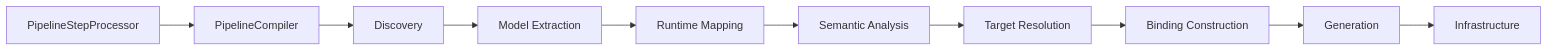
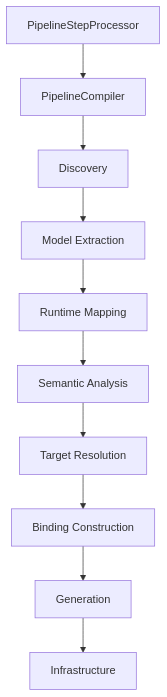
One commit to The-Pipeline-Framework/pipelineframework changed the diagram in docs/guide/evolve/annotation-processor-architecture.md. Above: the diagram before and after it, drawn with Mermaid. The commit also changed other lines of this file and 63 other files, not shown here.

````diff
--- a/docs/guide/evolve/annotation-processor-architecture.md
+++ b/docs/guide/evolve/annotation-processor-architecture.md
@@ -11,12 +11,12 @@
 ```mermaid
-flowchart LR
+flowchart TD
     A["PipelineStepProcessor"] --> B["PipelineCompiler"]
     B --> P1["Discovery"]
     P1 --> P2["Model Extraction"]
     P2 --> P3["Runtime Mapping"]
     P3 --> P4["Semantic Analysis"]
     P4 --> P5["Target Resolution"]
     P5 --> P6["Binding Construction"]
     P6 --> P7["Generation"]
     P7 --> P8["Infrastructure"]
 ```
````
